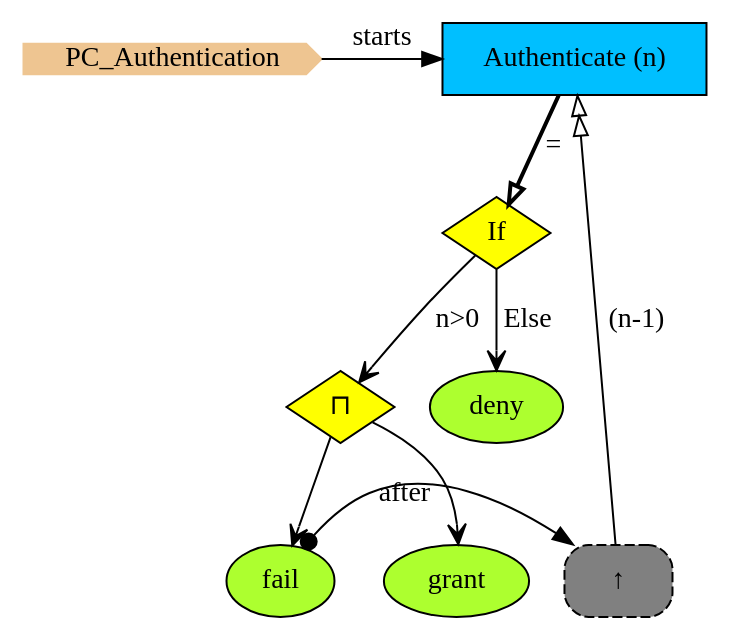
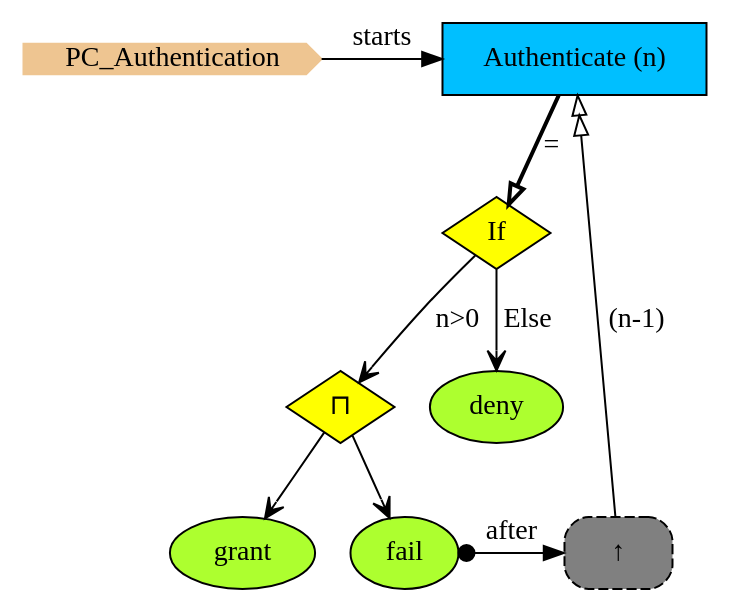
One commit to namalio/Fragmenta changed the diagram in Haskell/PCs/Examples/img/PC_Authentication.gv. Above: the diagram before and after it, drawn with Graphviz. The commit also changed 55 other files, not shown here.

```diff
--- a/Haskell/PCs/Examples/img/PC_Authentication.gv
+++ b/Haskell/PCs/Examples/img/PC_Authentication.gv
@@ -1,22 +1,23 @@
 digraph {
+
 StartN_ [shape = cds,color=burlywood2,style=filled,height=.2,width=.2, label =PC_Authentication];
-OpAuthenticate [shape=diamond,fillcolor=yellow,style = filled,label="If"];
-deny [shape=ellipse,fillcolor=greenyellow,style = filled,label="deny"];
-fail [shape=ellipse,fillcolor=greenyellow,style = filled,label="fail"];
+Authenticate [shape=box,fillcolor=deepskyblue,style = filled,label="Authenticate (n)"];
+OpAuthenticateChoice [shape=diamond,fillcolor=yellow,style=filled,label="⊓"];
+grant [shape=ellipse,fillcolor=greenyellow,style=filled,label="grant"];
 RefAuthenticate [shape=rectangle,fillcolor=gray,style="rounded,filled,dashed",label="↑ "];
-grant [shape=ellipse,fillcolor=greenyellow,style = filled,label="grant"];
-OpAuthenticateChoice [shape=diamond,fillcolor=yellow,style = filled,label="⊓"];
-Authenticate [shape=box,fillcolor=deepskyblue,style = filled,label="Authenticate (n)"];
+fail [shape=ellipse,fillcolor=greenyellow,style=filled,label="fail"];
+deny [shape=ellipse,fillcolor=greenyellow,style=filled,label="deny"];
+OpAuthenticate [shape=diamond,fillcolor=yellow,style=filled,label="If"];
 
 {rank=same;RefAuthenticate,fail}
 {rank=same;Authenticate,StartN_}
 
+RefAuthenticate->Authenticate[arrowhead="normalnormal",fillcolor=white,label=" (n-1)"];
+OpAuthenticateChoice->fail[arrowhead="open"];
+OpAuthenticate->deny[arrowhead="open",label="Else"];
+OpAuthenticate->OpAuthenticateChoice[arrowhead="open",label="n>0"];
+OpAuthenticateChoice->grant[arrowhead="open"];
 fail->RefAuthenticate[arrowtail=dot,dir=both,label="after"];
-OpAuthenticateChoice->grant[arrowhead="open"];
-OpAuthenticate->OpAuthenticateChoice[arrowhead="open",label="n>0"];
 Authenticate->OpAuthenticate[arrowhead="onormal",penwidth=2,label="="];
 StartN_->Authenticate[label="starts"];
-OpAuthenticate->deny[arrowhead="open",label="Else"];
-OpAuthenticateChoice->fail[arrowhead="open"];
-RefAuthenticate->Authenticate[arrowhead="normalnormal",fillcolor=white,label=" (n-1)"];
 }
```
